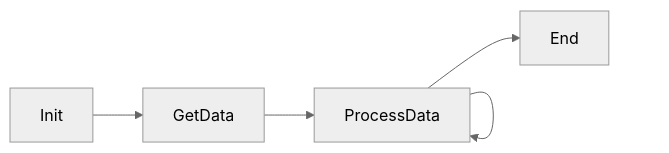
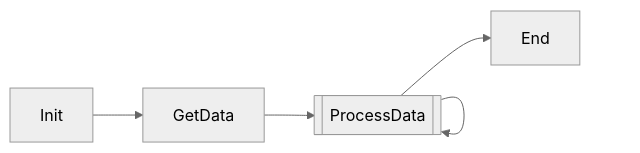
One commit to IvanDS-OF/Power-Automate---Repo---Documentation changed the second of 3 diagrams in Readme.md. Above: the diagram before and after it, drawn with Mermaid (neutral theme). The commit also changed other lines of this file, not shown here.

````diff
--- a/Readme.md
+++ b/Readme.md
@@ -58,7 +58,7 @@
 ```mermaid
 graph LR;
     Init --> GetData;
-    GetData --> ProcessData;
-    ProcessData --> ProcessData;
-    ProcessData --> End;
+    GetData --> id1[[ProcessData]];
+    id1[[ProcessData]] --> id1[[ProcessData]];
+    id1[[ProcessData]] --> End;
 ```
````
